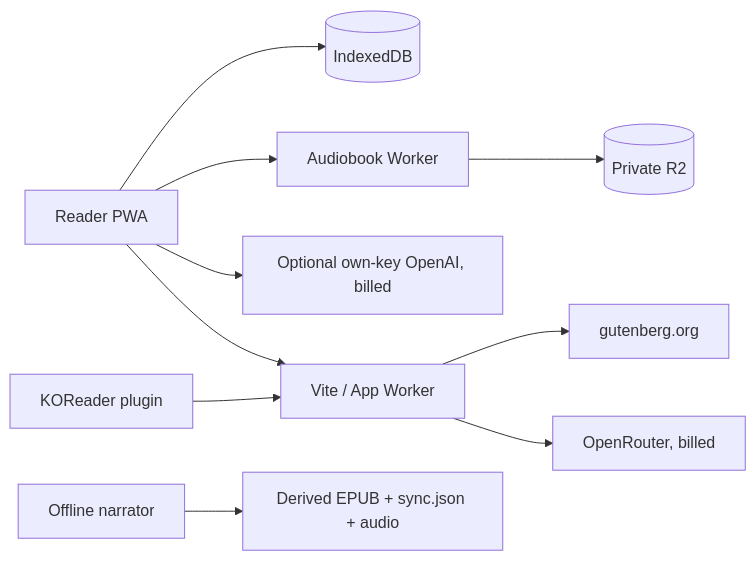
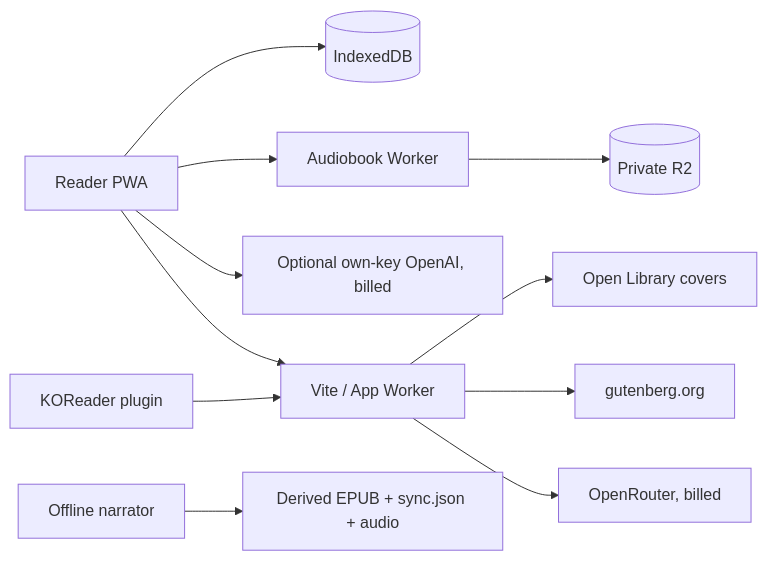
One commit to Agentic-Possible/Rami changed the diagram in docs/architecture.md. Above: the diagram before and after it, drawn with Mermaid. The commit also changed other lines of this file and 16 other files, not shown here.

First line of the commit message:
Let readers change a book's cover from Open Library

````diff
--- a/docs/architecture.md
+++ b/docs/architecture.md
@@ -3,12 +3,13 @@
 ```mermaid
 flowchart LR
   PWA[Reader PWA] --> IDB[(IndexedDB)]
   PWA --> Relay[Vite / App Worker]
   KO[KOReader plugin] --> Relay
   Relay --> OR[OpenRouter, billed]
   Relay --> PG[gutenberg.org]
+  Relay --> OL[Open Library covers]
   PWA --> OA[Optional own-key OpenAI, billed]
   PWA --> Audio[Audiobook Worker]
   Audio --> R2[(Private R2)]
   Narrator[Offline narrator] --> Artifacts[Derived EPUB + sync.json + audio]
 ```
````
